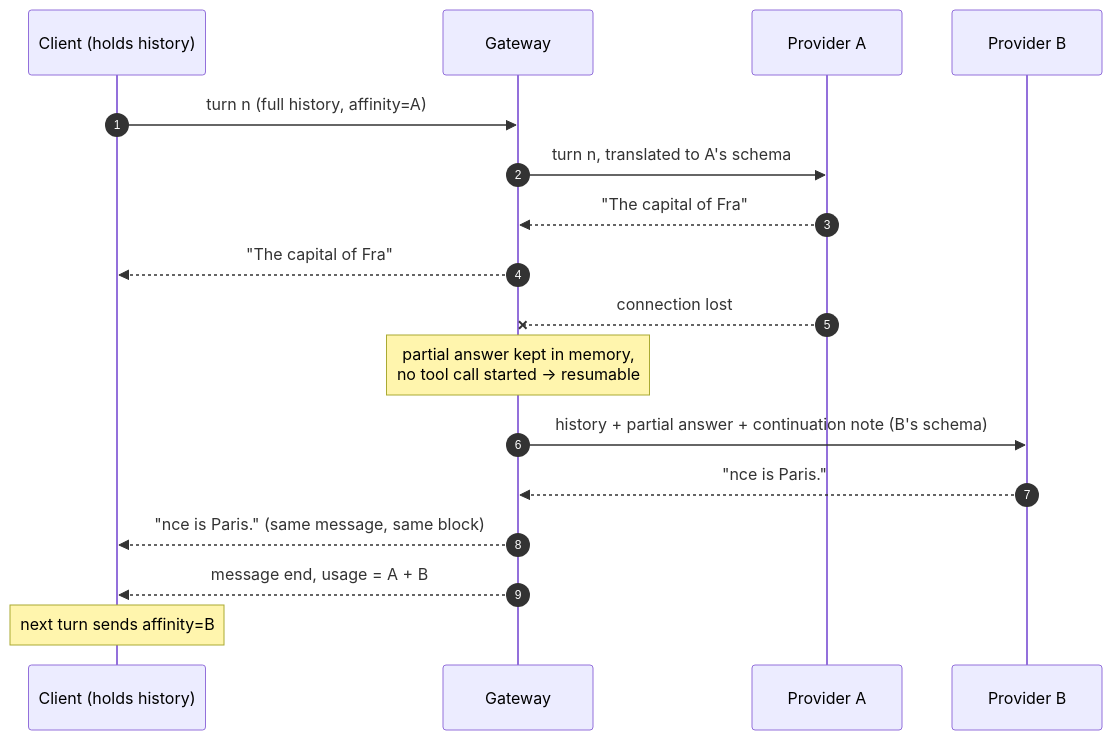
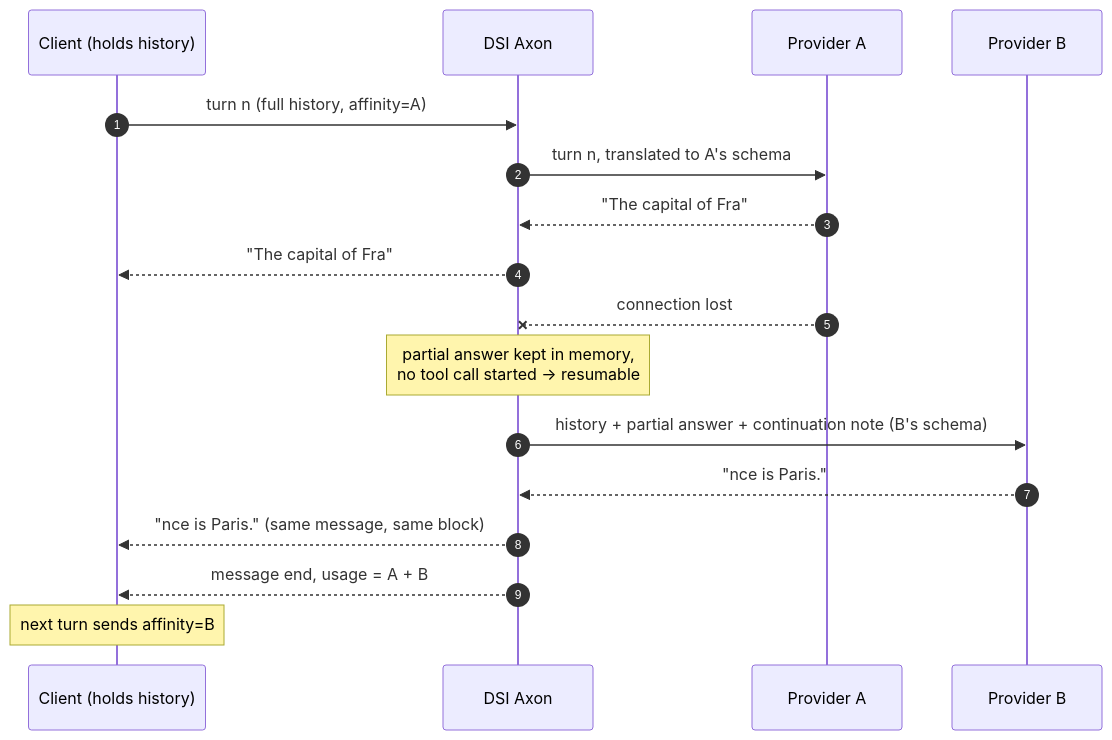
Before and after one commit to Decentralised-si/web: the third of 4 diagrams in public/whitepaper.md, drawn with Mermaid. The commit also changed other lines of this file and 6 other files, not shown here.

First line of the commit message:
Names: DSI Synapse (router on your device) and DSI Axon (the blind router)

````diff
--- a/public/whitepaper.md
+++ b/public/whitepaper.md
@@ -220,19 +221,19 @@
 ```mermaid
 sequenceDiagram
     autonumber
     participant C as Client (holds history)
-    participant G as Gateway
+    participant G as DSI Axon
     participant A as Provider A
     participant B as Provider B
     C->>G: turn n (full history, affinity=A)
     G->>A: turn n, translated to A's schema
     A-->>G: "The capital of Fra"
     G-->>C: "The capital of Fra"
     A--xG: connection lost
     Note over G: partial answer kept in memory,<br/>no tool call started → resumable
     G->>B: history + partial answer + continuation note (B's schema)
     B-->>G: "nce is Paris."
     G-->>C: "nce is Paris." (same message, same block)
     G-->>C: message end, usage = A + B
     Note over C: next turn sends affinity=B
 ```
````
